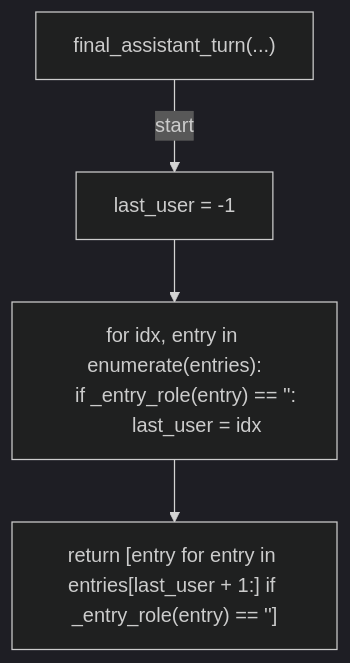
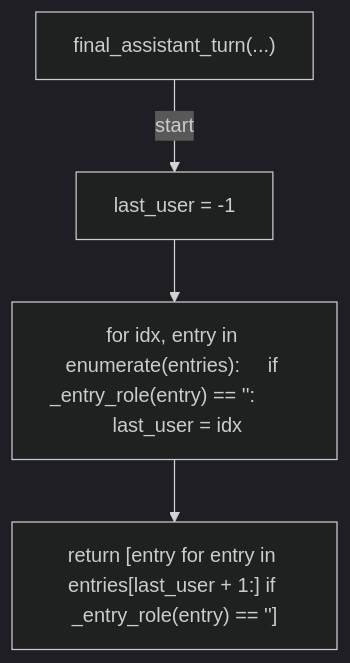
One commit to tvna/claude-md changed the third of 9 diagrams in docs/generated/scripts/ast/stop_new_session_handoff_prompt.md. Above: the diagram before and after it, drawn with Mermaid (dark theme). The commit also changed other lines of this file and 23 other files, not shown here.

First line of the commit message:
docs(generated): regenerate decision tree and workflow diagrams (batch 4/5)

````diff
--- a/docs/generated/scripts/ast/stop_new_session_handoff_prompt.md
+++ b/docs/generated/scripts/ast/stop_new_session_handoff_prompt.md
@@ -58,12 +58,10 @@
 ```mermaid
 flowchart TD
     N001["final_assistant_turn(...)"]
     N002["last_user = -1"]
-    N003["for idx, entry in enumerate(entries):
-    if _entry_role(entry) == '<str>':
-        last_user = idx"]
+    N003["for idx, entry in enumerate(entries):     if _entry_role(entry) == '<str>':         last_user = idx"]
     N004["return [entry for entry in entries[last_user + 1:] if _entry_role(entry) == '<str>']"]
     N001 -->|"start"| N002
     N002 --> N003
     N003 --> N004
 ```
````
